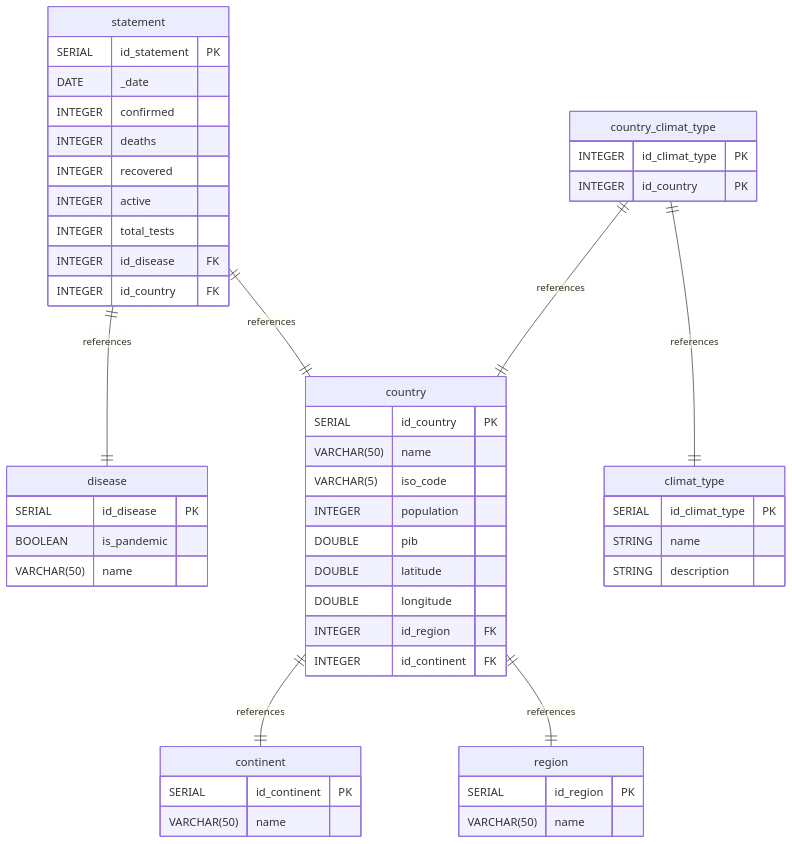
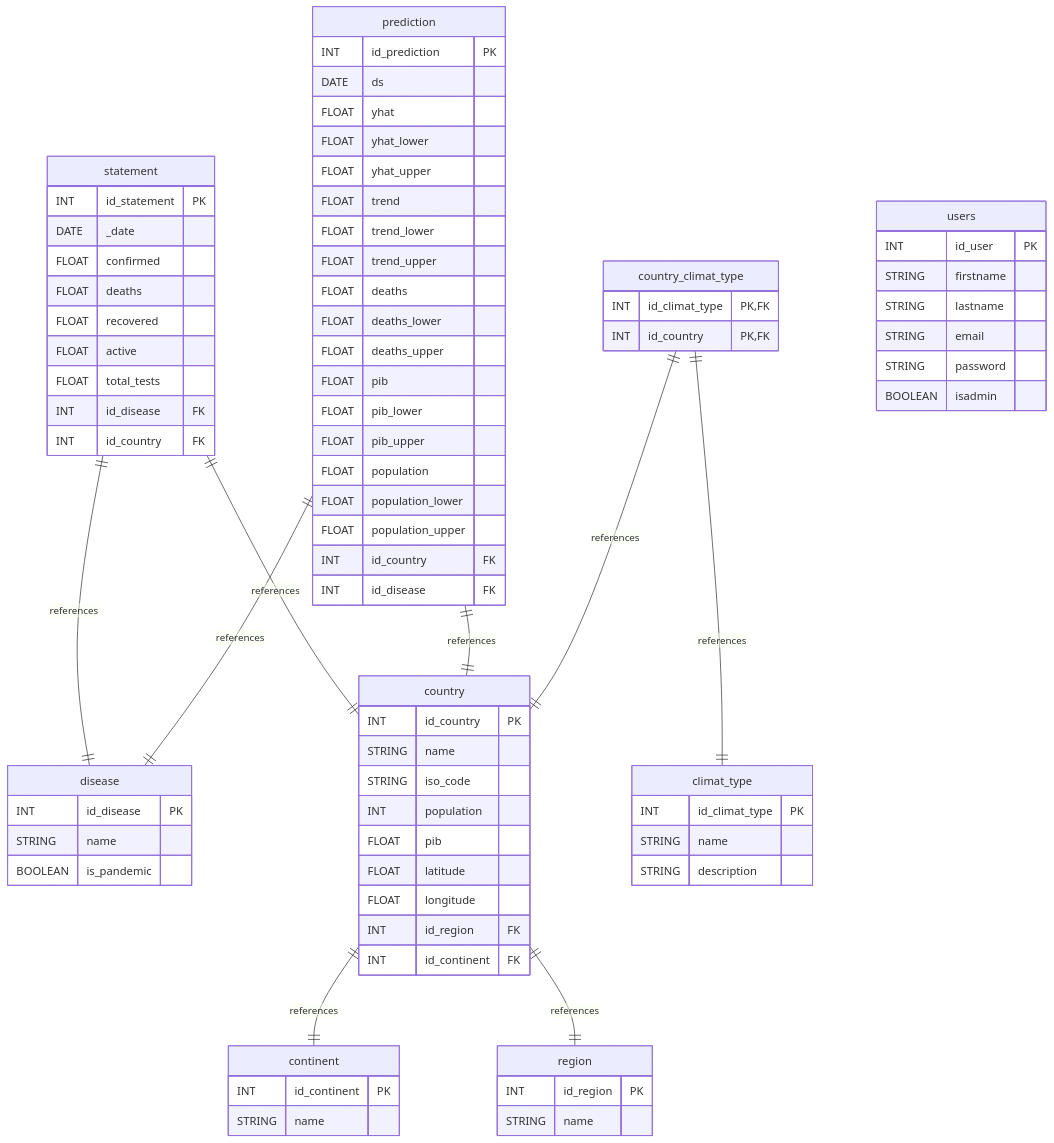
The diagram in postgres/database/MCD.md (Enzobu/MSPR-TPRE-502), drawn with Mermaid before and after one commit.

````diff
--- a/postgres/database/MCD.md
+++ b/postgres/database/MCD.md
@@ -1,59 +1,96 @@
 ```mermaid
 erDiagram
     disease {
-        SERIAL id_disease PK
+        INT id_disease PK
+        STRING name
         BOOLEAN is_pandemic
-        VARCHAR(50) name
     }
 
     statement {
-        SERIAL id_statement PK
+        INT id_statement PK
         DATE _date
-        INTEGER confirmed
-        INTEGER deaths
-        INTEGER recovered
-        INTEGER active
-        INTEGER total_tests
-        INTEGER id_disease FK
-        INTEGER id_country FK
+        FLOAT confirmed
+        FLOAT deaths
+        FLOAT recovered
+        FLOAT active
+        FLOAT total_tests
+        INT id_disease FK
+        INT id_country FK
     }
-    statement ||--|| disease : "references"
-    statement ||--|| country : "references"
 
-    region {
-        SERIAL id_region PK
-        VARCHAR(50) name
+    prediction {
+        INT id_prediction PK
+        DATE ds
+        FLOAT yhat
+        FLOAT yhat_lower
+        FLOAT yhat_upper
+        FLOAT trend
+        FLOAT trend_lower
+        FLOAT trend_upper
+        FLOAT deaths
+        FLOAT deaths_lower
+        FLOAT deaths_upper
+        FLOAT pib
+        FLOAT pib_lower
+        FLOAT pib_upper
+        FLOAT population
+        FLOAT population_lower
+        FLOAT population_upper
+        INT id_country FK
+        INT id_disease FK
+    }
+
+    country {
+        INT id_country PK
+        STRING name
+        STRING iso_code
+        INT population
+        FLOAT pib
+        FLOAT latitude
+        FLOAT longitude
+        INT id_region FK
+        INT id_continent FK
     }
 
     continent {
-        SERIAL id_continent PK
-        VARCHAR(50) name
+        INT id_continent PK
+        STRING name
     }
 
-    country {
-        SERIAL id_country PK
-        VARCHAR(50) name
-        VARCHAR(5) iso_code
-        INTEGER population
-        DOUBLE pib
-        DOUBLE latitude
-        DOUBLE longitude
-        INTEGER id_region FK
-        INTEGER id_continent FK
+    region {
+        INT id_region PK
+        STRING name
     }
-    country ||--|| continent : "references"
-    country ||--|| region : "references"
 
     climat_type {
-        SERIAL id_climat_type PK
+        INT id_climat_type PK
         STRING name
         STRING description
     }
 
     country_climat_type {
-        INTEGER id_climat_type PK
-        INTEGER id_country PK
+        INT id_climat_type PK, FK
+        INT id_country PK, FK
     }
+
+    users {
+        INT id_user PK
+        STRING firstname
+        STRING lastname
+        STRING email
+        STRING password
+        BOOLEAN isadmin
+    }
+
+    statement ||--|| disease : "references"
+    statement ||--|| country : "references"
+
+    prediction ||--|| disease : "references"
+    prediction ||--|| country : "references"
+
+    country ||--|| continent : "references"
+    country ||--|| region : "references"
+
+    country_climat_type ||--|| country : "references"
     country_climat_type ||--|| climat_type : "references"
-    country_climat_type ||--|| country : "references"
 ```
````
